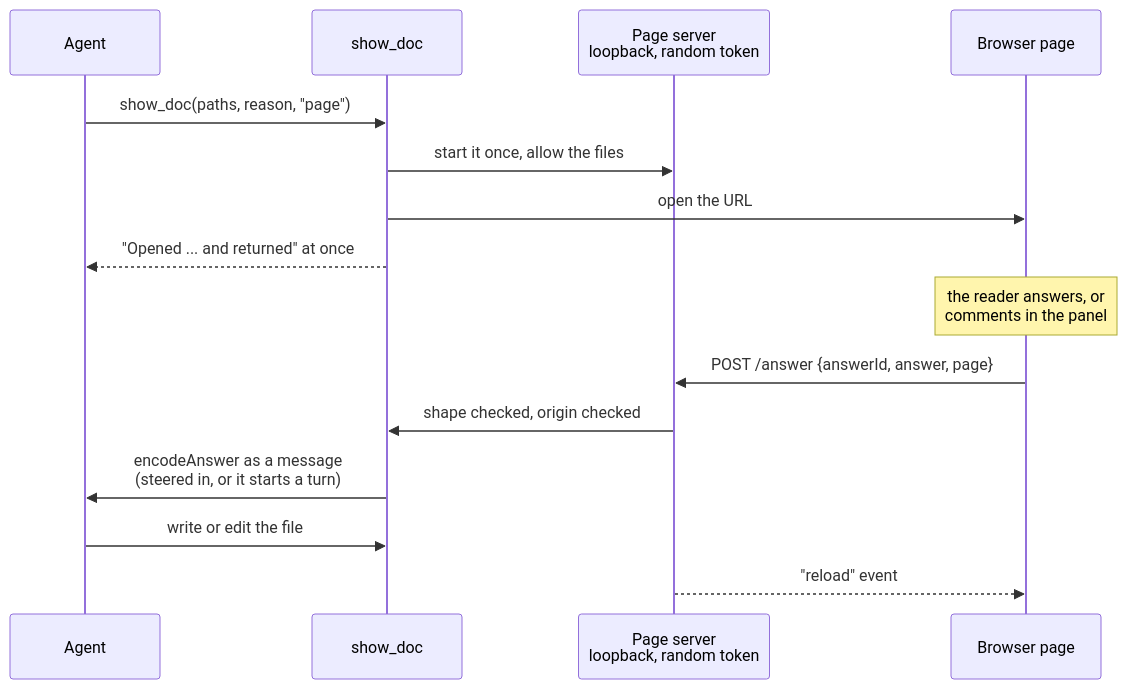
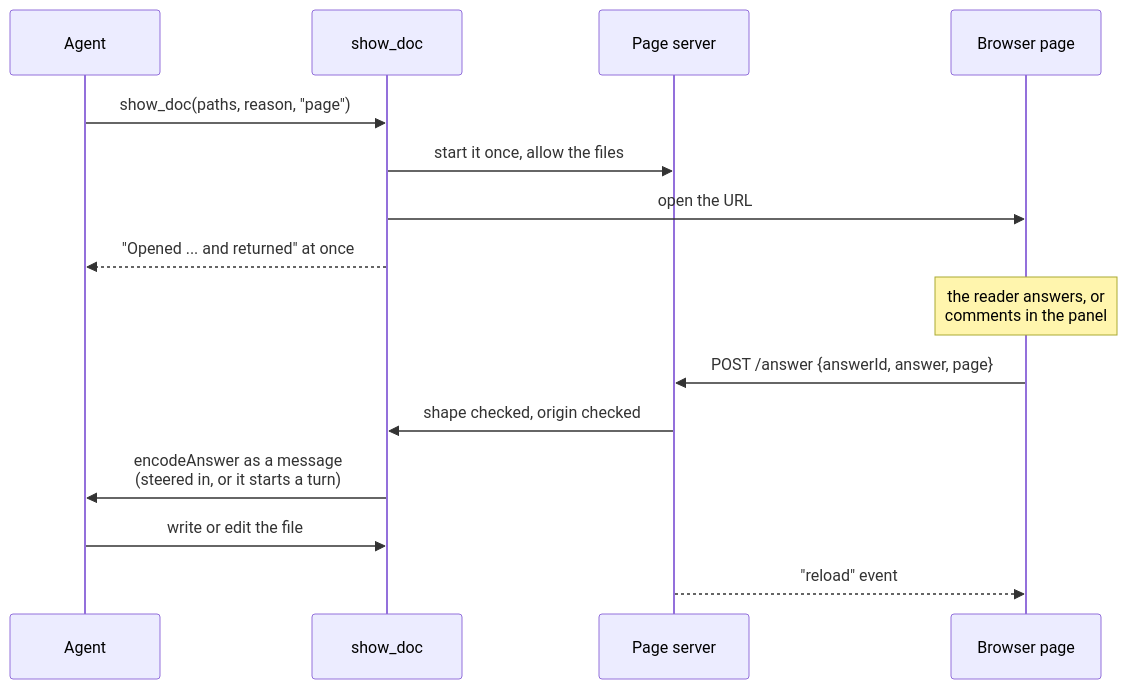
The first of 3 diagrams in docs/reference.md (wayne930242/pi-better-show), drawn with Mermaid before and after one commit. The commit also changed other lines of this file, not shown here.

Commit message:
docs(reference): narrow the show_doc sequence, connect the edit-mode branch, stack the diagram-comment flow

````diff
--- a/docs/reference.md
+++ b/docs/reference.md
@@ -686,17 +686,17 @@
 ```mermaid
 sequenceDiagram
   participant A as Agent
   participant E as show_doc
-  participant S as Page server<br/>loopback, random token
+  participant S as Page server
   participant B as Browser page
   A->>E: show_doc(paths, reason, "page")
   E->>S: start it once, allow the files
   E->>B: open the URL
   E-->>A: "Opened ... and returned" at once
   Note over B: the reader answers, or<br/>comments in the panel
   B->>S: POST /answer {answerId, answer, page}
   S->>E: shape checked, origin checked
   E->>A: encodeAnswer as a message<br/>(steered in, or it starts a turn)
   A->>E: write or edit the file
   S-->>B: "reload" event
 ```
````
